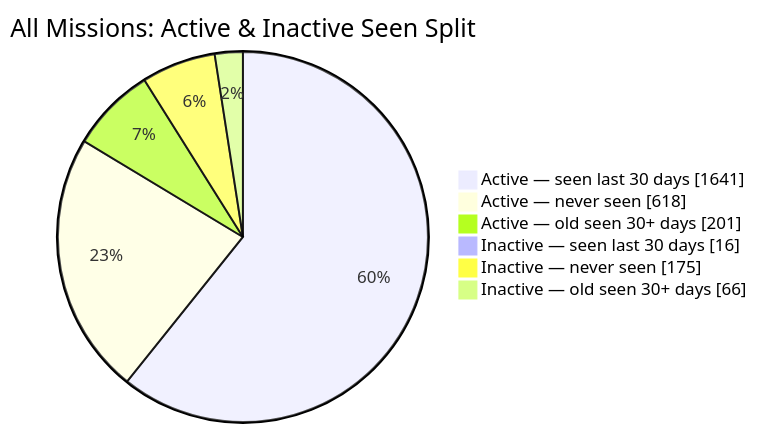
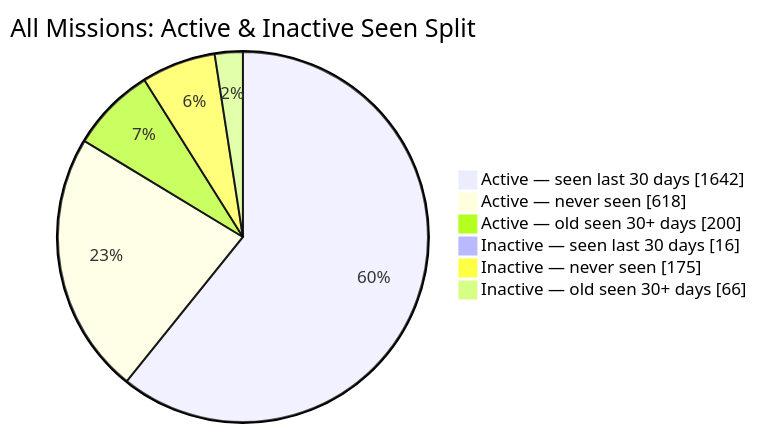
Before and after one commit to MeldkamerspelGameTeam/active-missions: the second of 2 diagrams in README.md, drawn with Mermaid. The commit also changed other lines of this file and 2 other files, not shown here.

````diff
--- a/README.md
+++ b/README.md
@@ -44,10 +44,10 @@
 ```mermaid
 pie showData
     title All Missions: Active & Inactive Seen Split
-    "Active — seen last 30 days" : 1641
+    "Active — seen last 30 days" : 1642
     "Active — never seen" : 618
-    "Active — old seen 30+ days" : 201
+    "Active — old seen 30+ days" : 200
     "Inactive — seen last 30 days" : 16
     "Inactive — never seen" : 175
     "Inactive — old seen 30+ days" : 66
 ```
````
